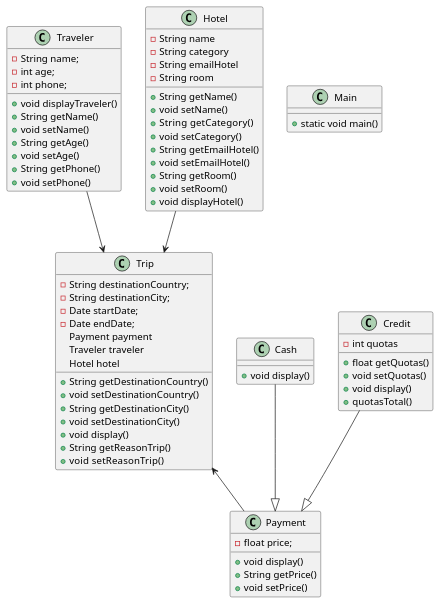
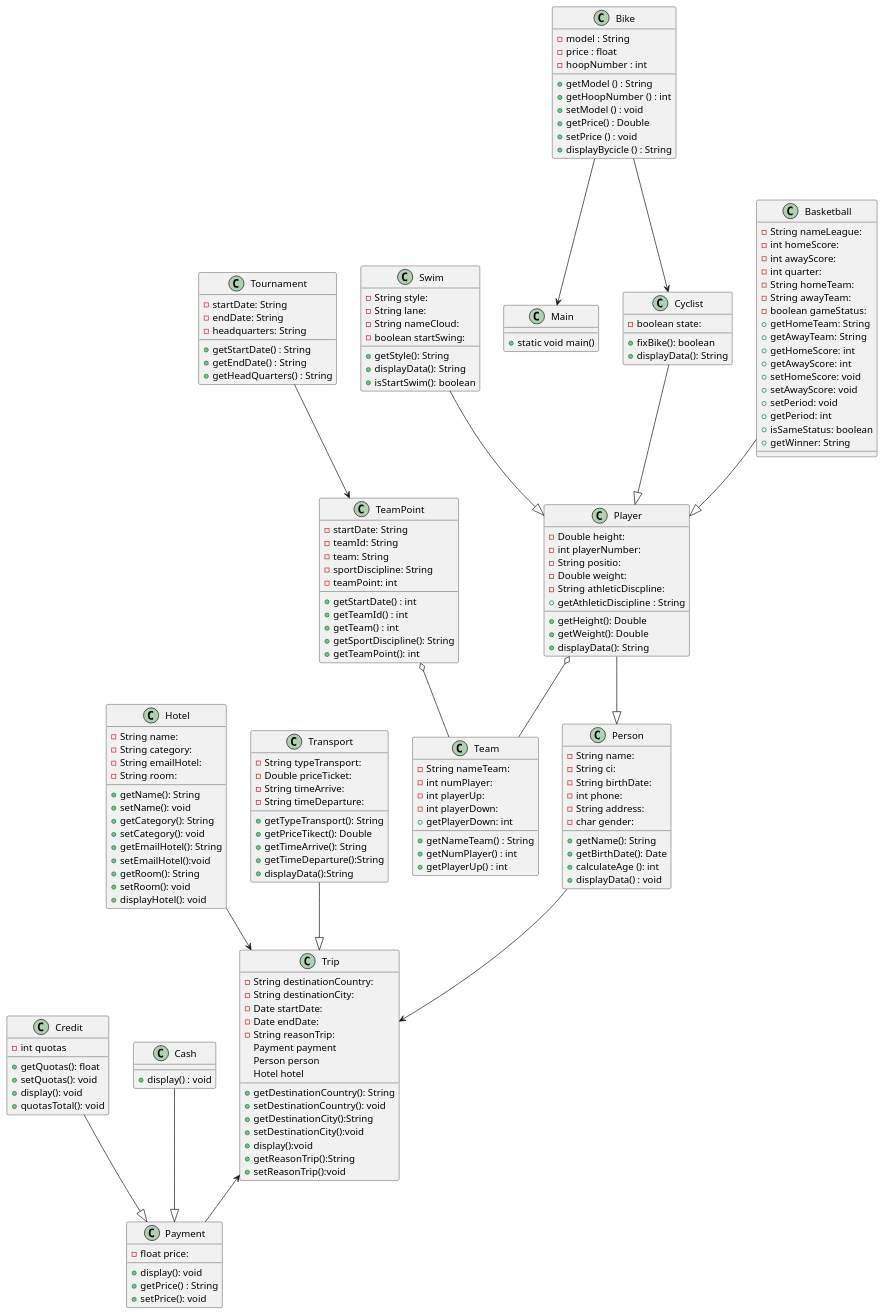
One commit to LuisVillaVa/ProjectUMLTeam2 changed the diagram in src/Team2UML.puml. Above: the diagram before and after it, drawn with PlantUML.

Commit message:
Modify fo Class diagram

```diff
--- a/src/Team2UML.puml
+++ b/src/Team2UML.puml
@@ -1,84 +1,209 @@
 @startuml
 
-class Traveler{
-  - String name;
-  - int age;
-  - int phone;
+class Person {
+  - String name:
+  - String ci:
+  - String birthDate:
+  - int phone:
+  - String address:
+  - char gender:
+
+  +  getName(): String
+  +  getBirthDate(): Date
+  + calculateAge (): int
+   + displayData() : void
 
 
-  + void displayTraveler()
-  + String getName()
-  + void setName()
-  + String getAge()
-  + void setAge()
-  + String getPhone()
-  + void setPhone()
-
-}
-class Cash {
-
-  + void display()
 }
 
+
 class Payment{
-  - float price;
+  - float price:
 
-  + void display()
-  + String getPrice()
-  + void setPrice()
+  + display(): void
+  + getPrice() : String
+  + setPrice(): void
 }
 
-Cash --|> Payment
+
 Class Trip{
 
-  - String destinationCountry;
-  - String destinationCity;
-  - Date startDate;
-  - Date endDate;
+  - String destinationCountry:
+  - String destinationCity:
+  - Date startDate:
+  - Date endDate:
+  - String reasonTrip:
     Payment payment
-    Traveler traveler
+    Person person
     Hotel hotel
 
+  + getDestinationCountry(): String
+  + setDestinationCountry(): void
+  + getDestinationCity():String
+  + setDestinationCity():void
+  + display():void
+  + getReasonTrip():String
+  + setReasonTrip():void
+}
 
-  + String getDestinationCountry()
-  + void setDestinationCountry()
-  + String getDestinationCity()
-  + void setDestinationCity()
-  + void display()
-  + String getReasonTrip()
-  + void  setReasonTrip()
-}
-Traveler --> Trip
-Trip <-- Payment
 class Main{
   + static void main()
 }
 class Credit{
   - int quotas
- + float getQuotas()
- + void setQuotas()
- + void display()
- + quotasTotal()
+ + getQuotas(): float
+ + setQuotas(): void
+ + display(): void
+ + quotasTotal(): void
 
 }
-Credit --|> Payment
+class Cash {
+
+  +  display() : void
+}
+
 Class Hotel{
-    - String name
-    - String category
-    - String emailHotel
-    - String room
-    + String getName()
-    + void setName()
-    + String  getCategory()
-    + void setCategory()
-    + String getEmailHotel()
-    + void setEmailHotel()
-    + String getRoom()
-    + void setRoom()
-    + void displayHotel()
+    - String name:
+    - String category:
+    - String emailHotel:
+    - String room:
+    + getName(): String
+    + setName(): void
+    + getCategory(): String
+    + setCategory(): void
+    + getEmailHotel(): String
+    + setEmailHotel():void
+    + getRoom(): String
+    + setRoom(): void
+    + displayHotel(): void
  }
- Hotel --> Trip
+
+Class Transport{
+    - String typeTransport:
+    - Double priceTicket:
+    - String timeArrive:
+    - String timeDeparture:
+    + getTypeTransport(): String
+    + getPriceTikect(): Double
+    + getTimeArrive(): String
+    + getTimeDeparture():String
+    + displayData():String
+}
+Class Player
+{
+    - Double height:
+    - int playerNumber:
+    - String positio:
+    - Double weight:
+    - String athleticDiscpline:
+    + getHeight(): Double
+    + getAthleticDiscipline : String
+    + getWeight(): Double
+    + displayData(): String
+}
+Class Swim
+{
+    - String style:
+    - String lane:
+    - String nameCloud:
+    - boolean startSwing:
+    + getStyle(): String
+    + displayData(): String
+    + isStartSwim(): boolean
+}
+Class Cyclist
+{
+    - boolean state:
+    + fixBike(): boolean
+    + displayData(): String
+}
+
+Class Basketball
+{
+    - String nameLeague:
+    - int homeScore:
+    - int awayScore:
+    - int quarter:
+    - String homeTeam:
+    - String awayTeam:
+    - boolean gameStatus:
+    + getHomeTeam: String
+    + getAwayTeam: String
+    + getHomeScore: int
+    + getAwayScore: int
+    + setHomeScore: void
+    + setAwayScore: void
+    + setPeriod: void
+    + getPeriod: int
+    + isSameStatus: boolean
+    + getWinner: String
+
+}
+
+class  Team
+{
+    - String nameTeam:
+    - int numPlayer:
+    -  int playerUp:
+    - int playerDown:
+    + getNameTeam() : String
+    + getNumPlayer() : int
+    + getPlayerUp() : int
+    + getPlayerDown: int
+
+}
+Class TeamPoint
+{
+    - startDate: String
+    - teamId: String
+    - team: String
+    - sportDiscipline: String
+    - teamPoint: int
+    + getStartDate() : int
+    + getTeamId() : int
+    + getTeam() : int
+    + getSportDiscipline(): String
+    + getTeamPoint(): int
+
+}
+Class Tournament
+{
+    - startDate: String
+    - endDate: String
+    - headquarters: String
+    + getStartDate() : String
+    + getEndDate() : String
+    + getHeadQuarters() : String
+
+}
+
+Class Bike
+{
+    - model : String
+    - price : float
+    - hoopNumber : int
+    + getModel () : String
+    + getHoopNumber () : int
+    + setModel () : void
+    + getPrice() : Double
+    + setPrice () : void
+    + displayBycicle () : String
 
 
-
+}
+Transport --|> Trip
+Cash --|> Payment
+Hotel --> Trip
+Credit --|> Payment
+Person --> Trip
+Trip <-- Payment
+Player --|> Person
+Basketball --|> Player
+Cyclist --|> Player
+Swim --|> Player
+Player o-- Team
+TeamPoint o--  Team
+Tournament --> TeamPoint
+Bike-->  Cyclist
+Bike --> Main
 @enduml
```
